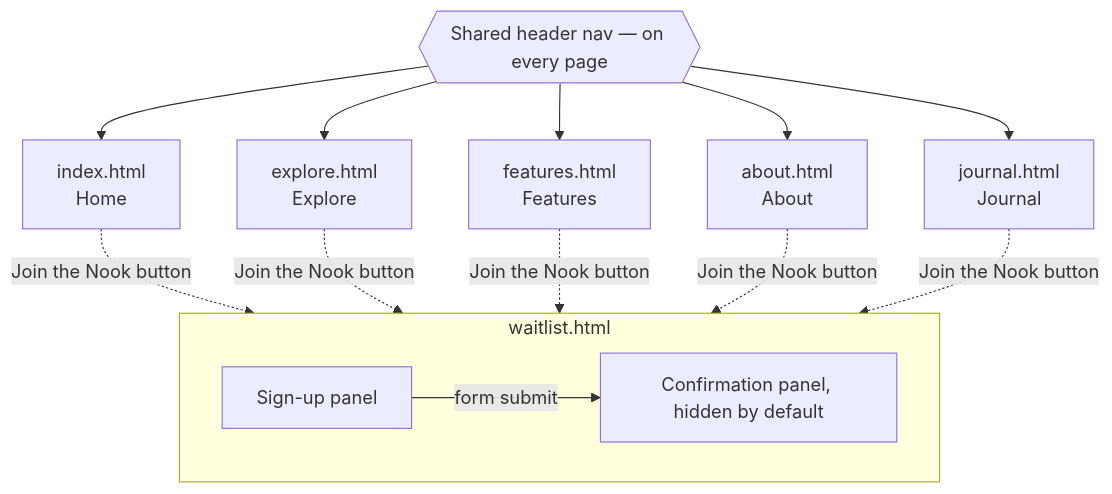
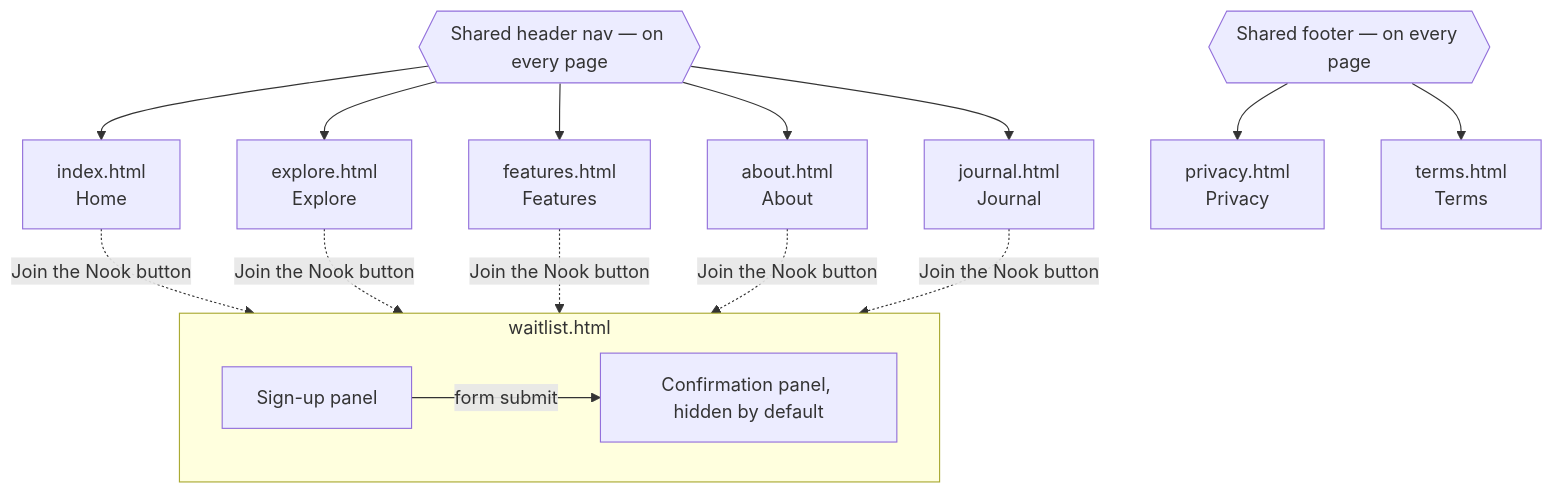
Before and after one commit to nicolledardon/book-nook-website: the first of 4 diagrams in README.md, drawn with Mermaid. The commit also changed other lines of this file, not shown here.

````diff
--- a/README.md
+++ b/README.md
@@ -19,19 +43,23 @@
 ```mermaid
 flowchart TD
     Nav{{Shared header nav — on every page}}
     Nav --> Home[index.html<br/>Home]
     Nav --> Explore[explore.html<br/>Explore]
     Nav --> Features[features.html<br/>Features]
     Nav --> About[about.html<br/>About]
     Nav --> Journal[journal.html<br/>Journal]
+
+    Footer{{Shared footer — on every page}}
+    Footer --> Privacy[privacy.html<br/>Privacy]
+    Footer --> Terms[terms.html<br/>Terms]
 
     Home -.->|"Join the Nook" button| Waitlist
     Explore -.->|"Join the Nook" button| Waitlist
     Features -.->|"Join the Nook" button| Waitlist
     About -.->|"Join the Nook" button| Waitlist
     Journal -.->|"Join the Nook" button| Waitlist
 
     subgraph Waitlist[waitlist.html]
         SignUp[Sign-up panel] -->|form submit| Confirm[Confirmation panel, hidden by default]
     end
 ```
````
